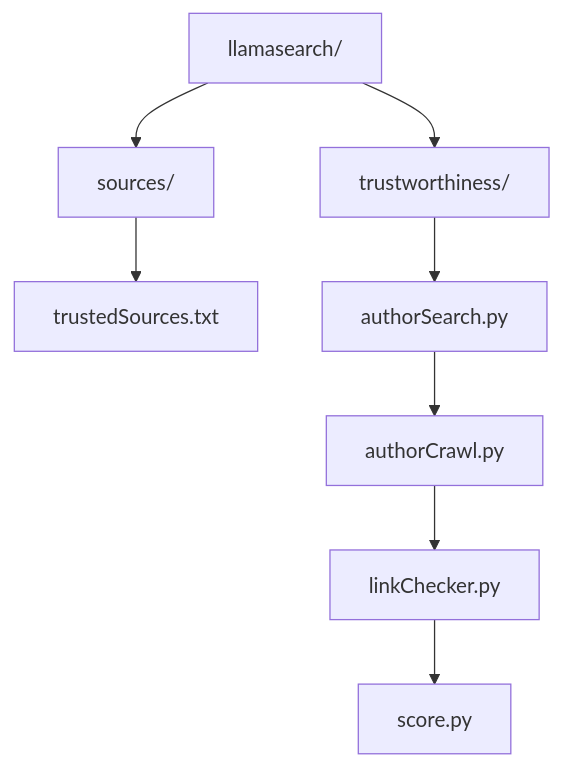
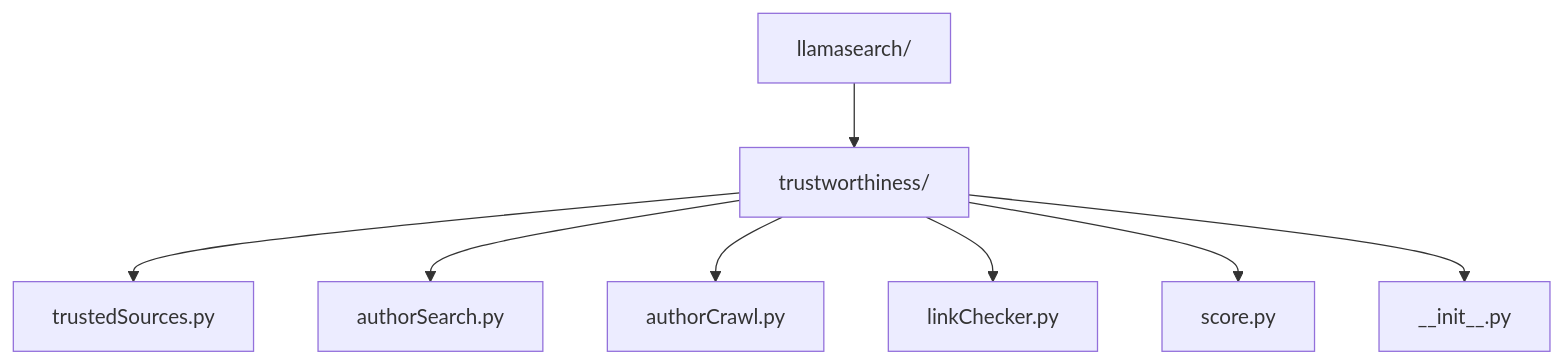
One commit to mithranm/llamasearch changed the diagram in docs/sprints/sprint-002.md. Above: the diagram before and after it, drawn with Mermaid. The commit also changed other lines of this file and 6 other files, not shown here.

Commit message:
Updated architecture and created files for trustworthiness implementation

````diff
--- a/docs/sprints/sprint-002.md
+++ b/docs/sprints/sprint-002.md
@@ -5,10 +5,10 @@
 ```mermaid
 flowchart TD;
-    A[llamasearch/] --> B[sources/]
-    A --> C[trustworthiness/]
-    B --> D[trustedSources.txt]
-    C --> F[authorSearch.py]
-    F --> G[authorCrawl.py]
-    G --> H[linkChecker.py]
-    H --> I[score.py]
+    A[llamasearch/] --> B[trustworthiness/]
+    B --> C[trustedSources.py]
+    B --> F[authorSearch.py]
+    B --> G[authorCrawl.py]
+    B --> H[linkChecker.py]
+    B --> I[score.py]
+    B --> J[__init__.py]
 ```
````
